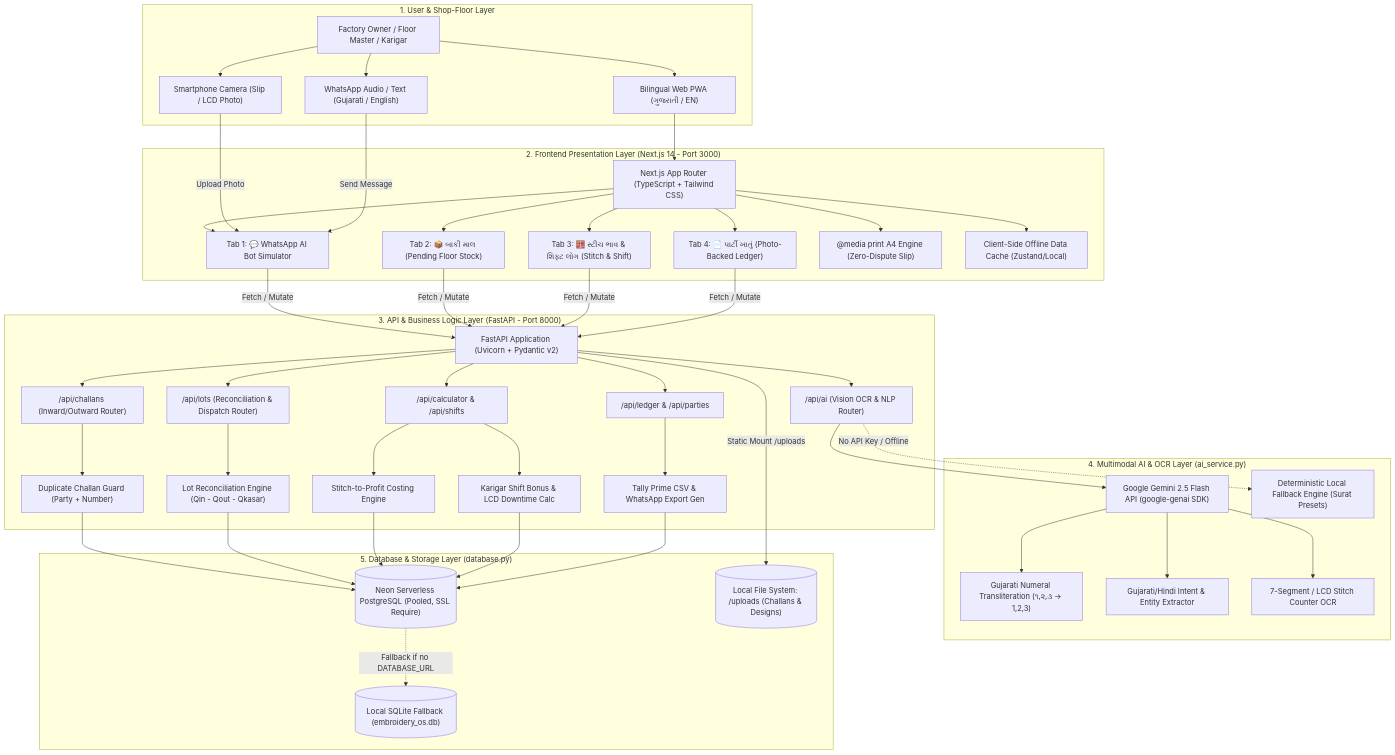
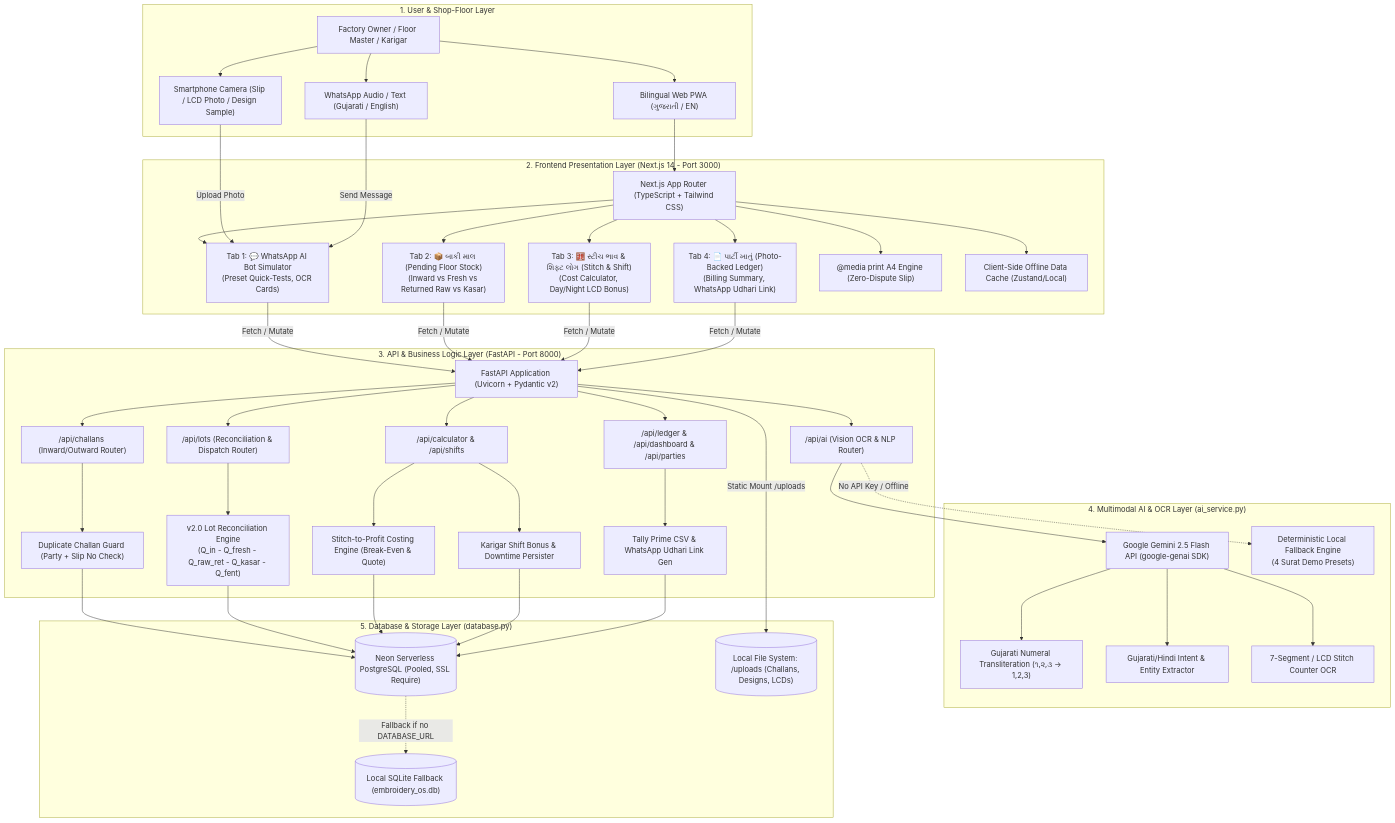
One commit to smit3203/AI-chatbot- changed the first of 10 diagrams in ARCHITECTURE_AND_FLOW.md. Above: the diagram before and after it, drawn with Mermaid. The commit also changed other lines of this file and 33 other files, not shown here.

```diff
--- a/ARCHITECTURE_AND_FLOW.md
+++ b/ARCHITECTURE_AND_FLOW.md
@@ -91,7 +93,7 @@
 flowchart TB
     subgraph Layer1["1. User & Shop-Floor Layer"]
         User["Factory Owner / Floor Master / Karigar"]
-        InputCam["Smartphone Camera (Slip / LCD Photo)"]
+        InputCam["Smartphone Camera (Slip / LCD Photo / Design Sample)"]
         InputChat["WhatsApp Audio / Text (Gujarati / English)"]
         PWA["Bilingual Web PWA (ગુજરાતી / EN)"]
         User --> InputCam
@@ -101,10 +103,10 @@
 
     subgraph Layer2["2. Frontend Presentation Layer (Next.js 14 - Port 3000)"]
         AppRouter["Next.js App Router (TypeScript + Tailwind CSS)"]
-        Tab1["Tab 1: 💬 WhatsApp AI Bot Simulator"]
-        Tab2["Tab 2: 📦 બાકી માલ (Pending Floor Stock)"]
-        Tab3["Tab 3: 🧮 સ્ટીચ ભાવ & શિફ્ટ લોગ (Stitch & Shift)"]
-        Tab4["Tab 4: 📄 પાર્ટી ખાતું (Photo-Backed Ledger)"]
+        Tab1["Tab 1: 💬 WhatsApp AI Bot Simulator\n(Preset Quick-Tests, OCR Cards)"]
+        Tab2["Tab 2: 📦 બાકી માલ (Pending Floor Stock)\n(Inward vs Fresh vs Returned Raw vs Kasar)"]
+        Tab3["Tab 3: 🧮 સ્ટીચ ભાવ & શિફ્ટ લોગ (Stitch & Shift)\n(Cost Calculator, Day/Night LCD Bonus)"]
+        Tab4["Tab 4: 📄 પાર્ટી ખાતું (Photo-Backed Ledger)\n(Billing Summary, WhatsApp Udhari Link)"]
         PrintEngine["@media print A4 Engine (Zero-Dispute Slip)"]
         OfflineCache["Client-Side Offline Data Cache (Zustand/Local)"]
         
@@ -123,13 +125,13 @@
         RouterLots["/api/lots (Reconciliation & Dispatch Router)"]
         RouterAI["/api/ai (Vision OCR & NLP Router)"]
         RouterCalc["/api/calculator & /api/shifts"]
-        RouterLedger["/api/ledger & /api/parties"]
+        RouterLedger["/api/ledger & /api/dashboard & /api/parties"]
 
-        DupGuard["Duplicate Challan Guard (Party + Number)"]
-        ReconEngine["Lot Reconciliation Engine (Qin - Qout - Qkasar)"]
-        CostEngine["Stitch-to-Profit Costing Engine"]
-        BonusEngine["Karigar Shift Bonus & LCD Downtime Calc"]
-        TallyGen["Tally Prime CSV & WhatsApp Export Gen"]
+        DupGuard["Duplicate Challan Guard (Party + Slip No Check)"]
+        ReconEngine["v2.0 Lot Reconciliation Engine\n(Q_in - Q_fresh - Q_raw_ret - Q_kasar - Q_fent)"]
+        CostEngine["Stitch-to-Profit Costing Engine (Break-Even & Quote)"]
+        BonusEngine["Karigar Shift Bonus & Downtime Persister"]
+        TallyGen["Tally Prime CSV & WhatsApp Udhari Link Gen"]
 
         FastAPI --> RouterChallan
         FastAPI --> RouterLots
@@ -149,7 +151,7 @@
         NumParser["Gujarati Numeral Transliteration (૧,૨,૩ -> 1,2,3)"]
         VernacularNLP["Gujarati/Hindi Intent & Entity Extractor"]
         LCDReader["7-Segment / LCD Stitch Counter OCR"]
-        DemoFallback["Deterministic Local Fallback Engine (Surat Presets)"]
+        DemoFallback["Deterministic Local Fallback Engine\n(4 Surat Demo Presets)"]
 
         RouterAI --> GeminiFlash
         GeminiFlash --> NumParser
@@ -161,7 +163,7 @@
     subgraph Layer5["5. Database & Storage Layer (database.py)"]
         NeonDB[("Neon Serverless PostgreSQL (Pooled, SSL Require)")]
         SQLiteDB[("Local SQLite Fallback (embroidery_os.db)")]
-        UploadsFS[("Local File System: /uploads (Challans & Designs)")]
+        UploadsFS[("Local File System: /uploads (Challans, Designs, LCDs)")]
 
         DupGuard & ReconEngine & CostEngine & BonusEngine & TallyGen --> NeonDB
         NeonDB -.->|Fallback if no DATABASE_URL| SQLiteDB
```
